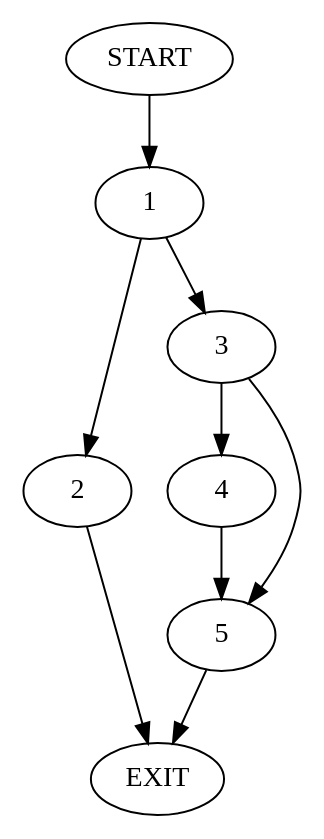
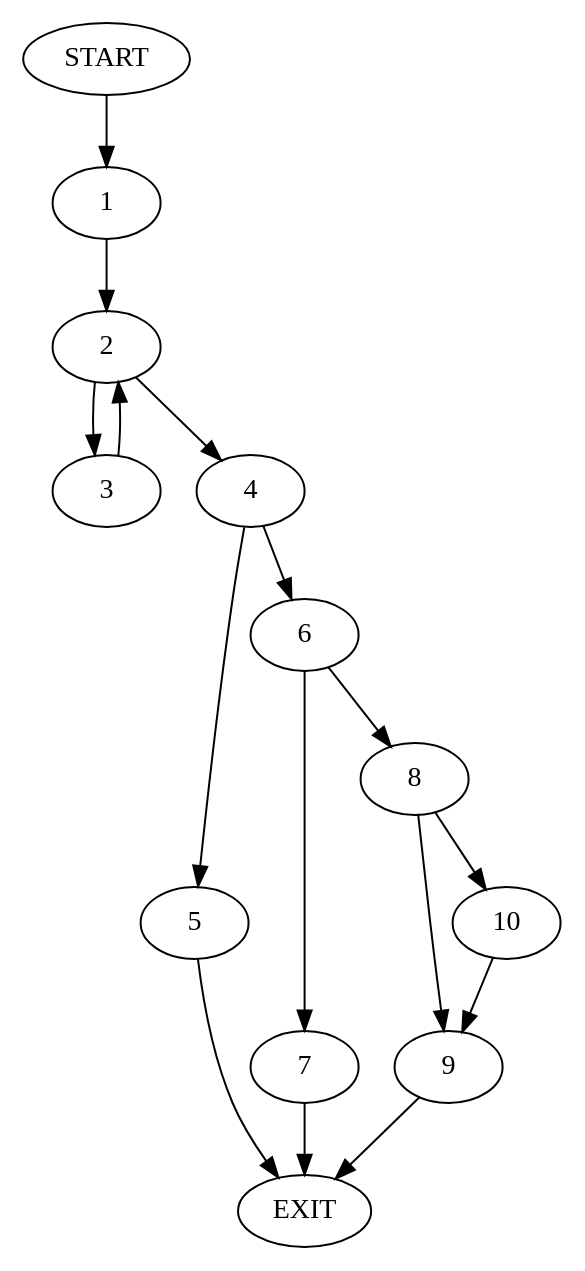
The diagram in examples/cfgs/apache_cfgs/sanselan-0.97-incubator/org_apache_sanselan_common_BinaryInputStream_readBytearray_0_basic.dot (hmc-alpaqa/metrinome), drawn with Graphviz before and after one commit. The commit also changed 3 other files, not shown here.

```diff
--- a/examples/cfgs/apache_cfgs/sanselan-0.97-incubator/org_apache_sanselan_common_BinaryInputStream_readBytearray_0_basic.dot
+++ b/examples/cfgs/apache_cfgs/sanselan-0.97-incubator/org_apache_sanselan_common_BinaryInputStream_readBytearray_0_basic.dot
@@ -1,12 +1,19 @@
 digraph {
 0 [label="START"]
-6 [label="EXIT"]
+11 [label="EXIT"]
 0 -> 1
 1 -> 2
-1 -> 3
-3 -> 4
-3 -> 5
-2 -> 6
-5 -> 6
+2 -> 3
+2 -> 4
+3 -> 2
 4 -> 5
+4 -> 6
+5 -> 11
+6 -> 7
+6 -> 8
+7 -> 11
+8 -> 9
+8 -> 10
+10 -> 9
+9 -> 11
 }
```
